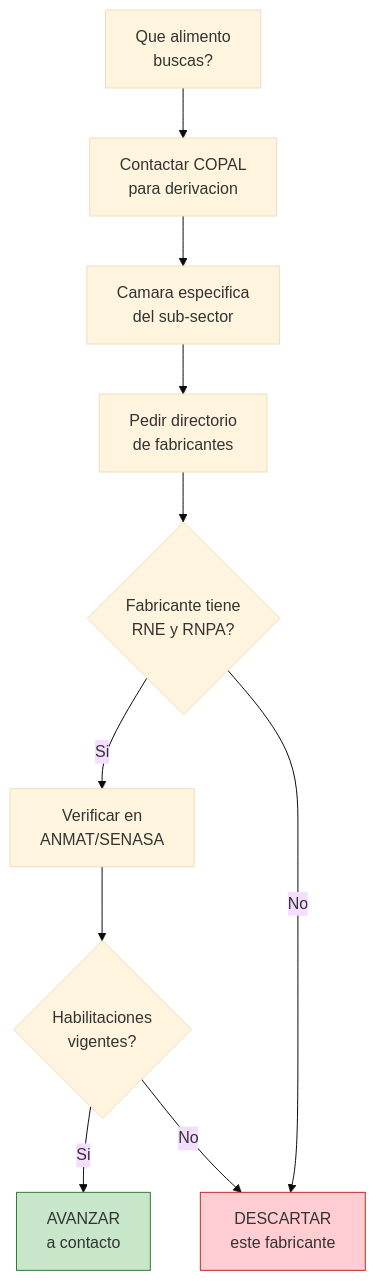
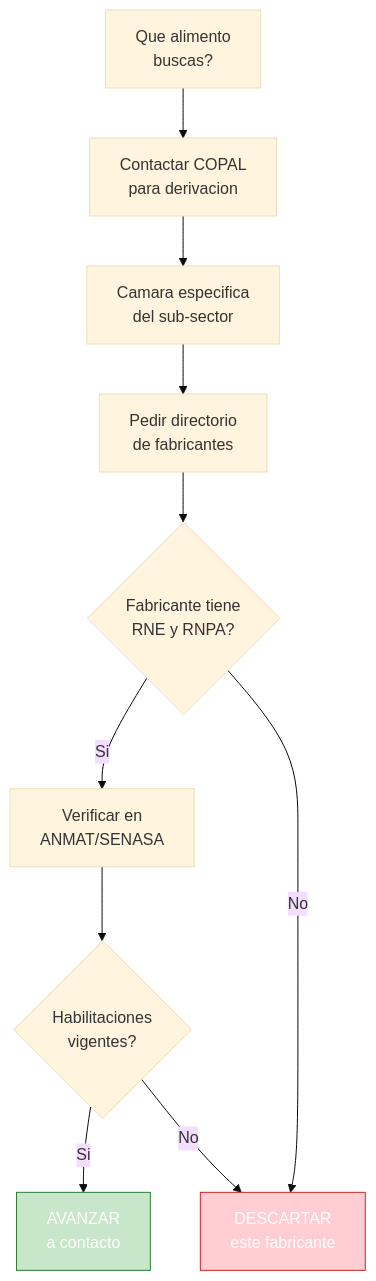
The diagram in app/paso1-argentina/encontrar-fabricas/camaras-alimentos.mdx (barrosignacioezequiel-coder/docs), drawn with Mermaid (base theme) before and after one commit. The commit also changed 66 other files, not shown here.

First line of the commit message:
fix: resolve Mermaid v11 numbered list errors + improve contrast

````diff
--- a/app/paso1-argentina/encontrar-fabricas/camaras-alimentos.mdx
+++ b/app/paso1-argentina/encontrar-fabricas/camaras-alimentos.mdx
@@ -106,15 +106,15 @@
 ```mermaid
 graph TD
     A["Que alimento<br/>buscas?"] --> B["Contactar COPAL<br/>para derivacion"]
     B --> C["Camara especifica<br/>del sub-sector"]
     C --> D["Pedir directorio<br/>de fabricantes"]
     D --> E{"Fabricante tiene<br/>RNE y RNPA?"}
     E -- Si --> F["Verificar en<br/>ANMAT/SENASA"]
     E -- No --> G["DESCARTAR<br/>este fabricante"]
     F --> H{"Habilitaciones<br/>vigentes?"}
     H -- Si --> I["AVANZAR<br/>a contacto"]
     H -- No --> G
 
-    style G fill:#ffcdd2,stroke:#c62828
-    style I fill:#c8e6c9,stroke:#2e7d32
+    style G fill:#ffcdd2,stroke:#c62828,color:#fff
+    style I fill:#c8e6c9,stroke:#2e7d32,color:#fff
 ```
````
